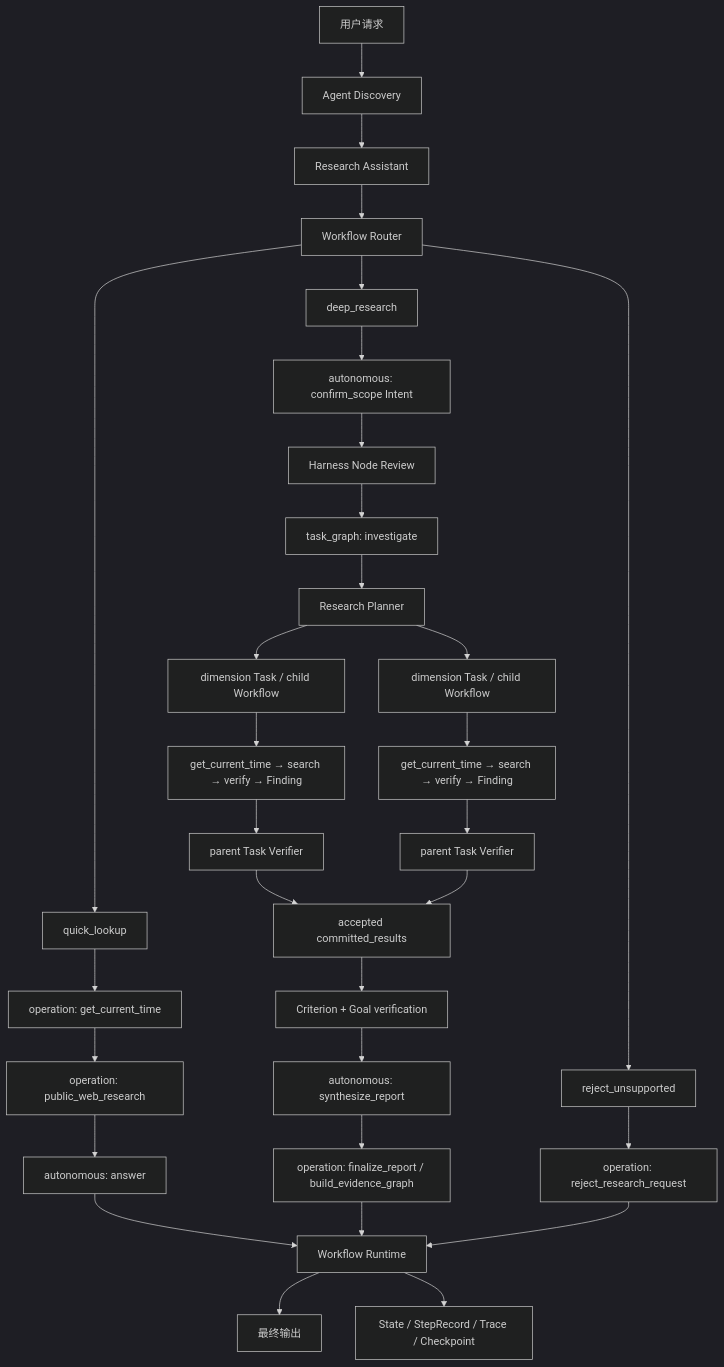
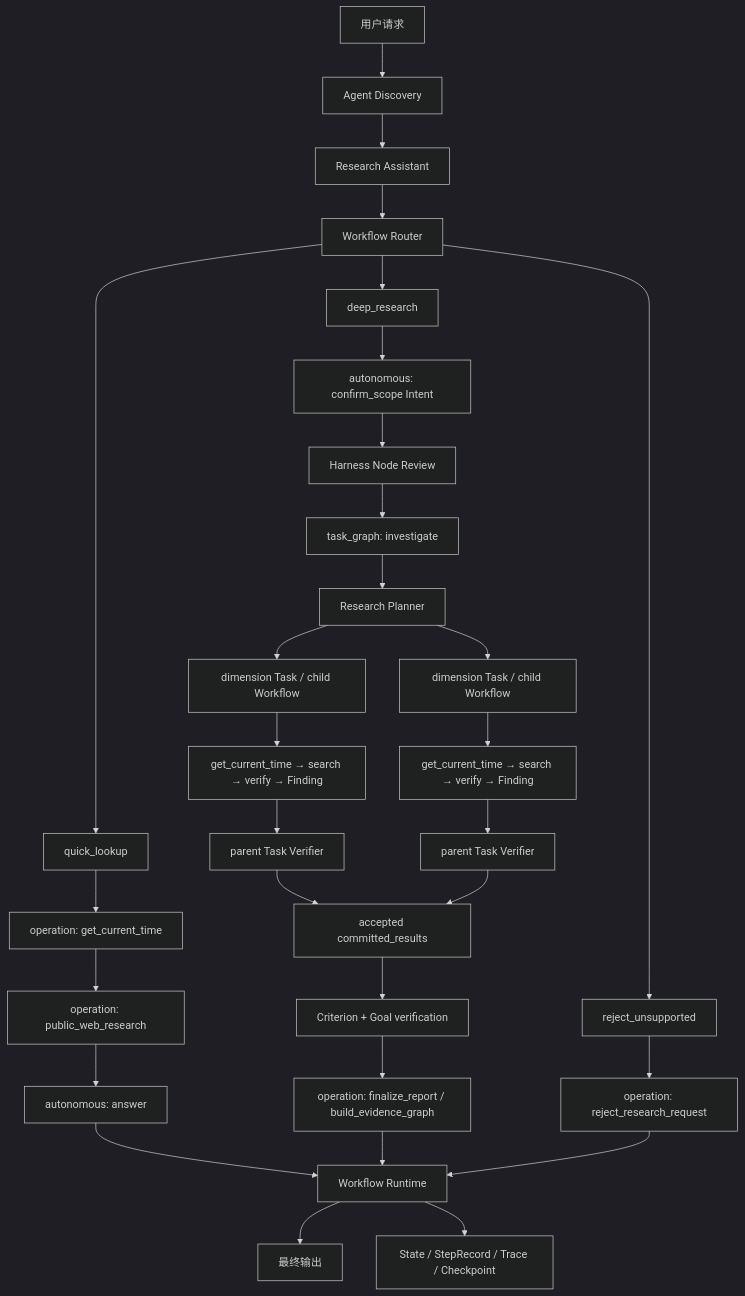
One commit to GaussRieman/modi-harness changed the first of 2 diagrams in docs/architecture/research-assistant.md. Above: the diagram before and after it, drawn with Mermaid (dark theme). The commit also changed other lines of this file and 17 other files, not shown here.

````diff
--- a/docs/architecture/research-assistant.md
+++ b/docs/architecture/research-assistant.md
@@ -55,38 +55,37 @@
 ```mermaid
 flowchart TD
     U[用户请求] --> D[Agent Discovery]
     D --> A[Research Assistant]
     A --> R[Workflow Router]
 
     R --> Q[quick_lookup]
     R --> X[deep_research]
     R --> J[reject_unsupported]
 
     Q --> QT[operation: get_current_time]
     QT --> Q1[operation: public_web_research]
     Q1 --> Q2[autonomous: answer]
 
     X --> X1[autonomous: confirm_scope Intent]
     X1 --> H[Harness Node Review]
     H --> X2[task_graph: investigate]
     X2 --> P[Research Planner]
     P --> D1[dimension Task / child Workflow]
     P --> D2[dimension Task / child Workflow]
     D1 --> N1[get_current_time → search → verify → Finding]
     D2 --> N2[get_current_time → search → verify → Finding]
     N1 --> A1[parent Task Verifier]
     N2 --> A2[parent Task Verifier]
     A1 --> CR[accepted committed_results]
     A2 --> CR
     CR --> G[Criterion + Goal verification]
-    G --> C[autonomous: synthesize_report]
-    C --> Z[operation: finalize_report / build_evidence_graph]
+    G --> Z[operation: finalize_report / build_evidence_graph]
 
     J --> J1[operation: reject_research_request]
 
     Q2 --> WR[Workflow Runtime]
     Z --> WR
     J1 --> WR
     WR --> O[最终输出]
     WR --> T[State / StepRecord / Trace / Checkpoint]
 ```
````
